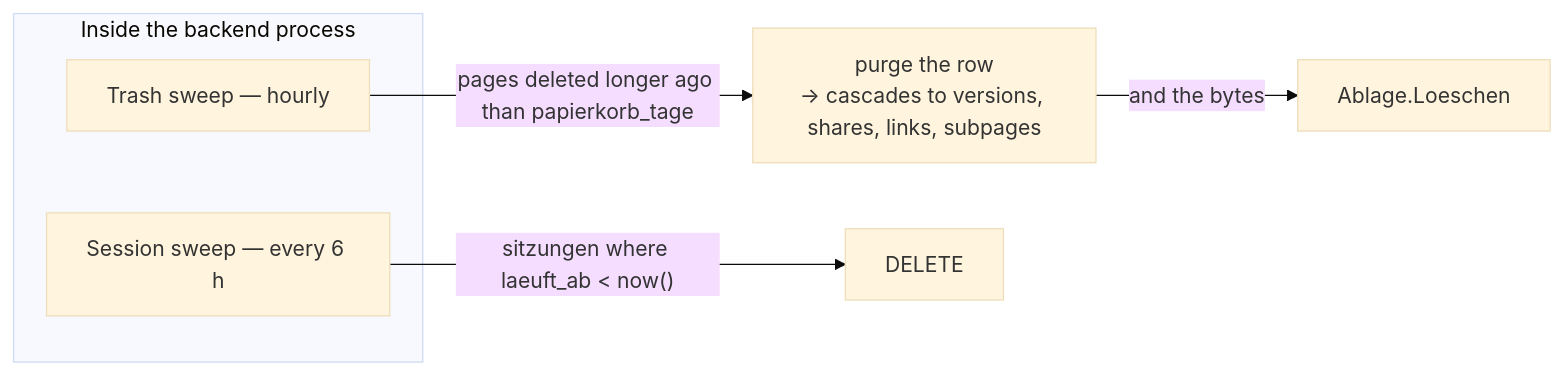
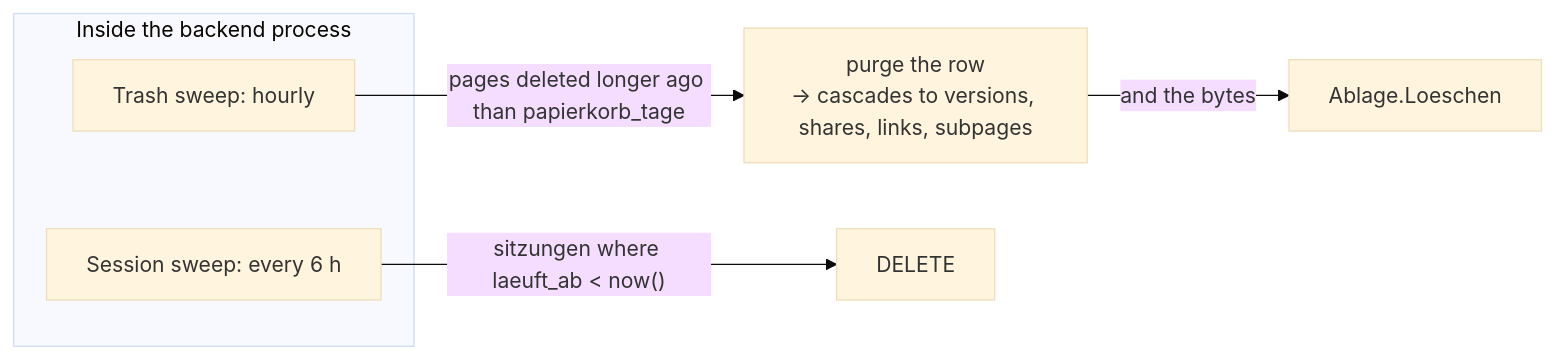
One commit to Dschonas04/Nexora changed diagram 11 of 16 in docs/architecture.md. Above: the diagram before and after it, drawn with Mermaid (base theme). The commit also changed other lines of this file and 64 other files, not shown here.

````diff
--- a/docs/architecture.md
+++ b/docs/architecture.md
@@ -624,11 +624,11 @@
 ```mermaid
 graph LR
     subgraph proc["Inside the backend process"]
-        t1["Trash sweep — hourly"]
-        t2["Session sweep — every 6 h"]
+        t1["Trash sweep: hourly"]
+        t2["Session sweep: every 6 h"]
     end
 
     t1 -->|"pages deleted longer ago than papierkorb_tage"| purge["purge the row<br/>→ cascades to versions, shares, links, subpages"]
     purge -->|"and the bytes"| store["Ablage.Loeschen"]
     t2 -->|"sitzungen where laeuft_ab < now()"| del["DELETE"]
 ```
````
